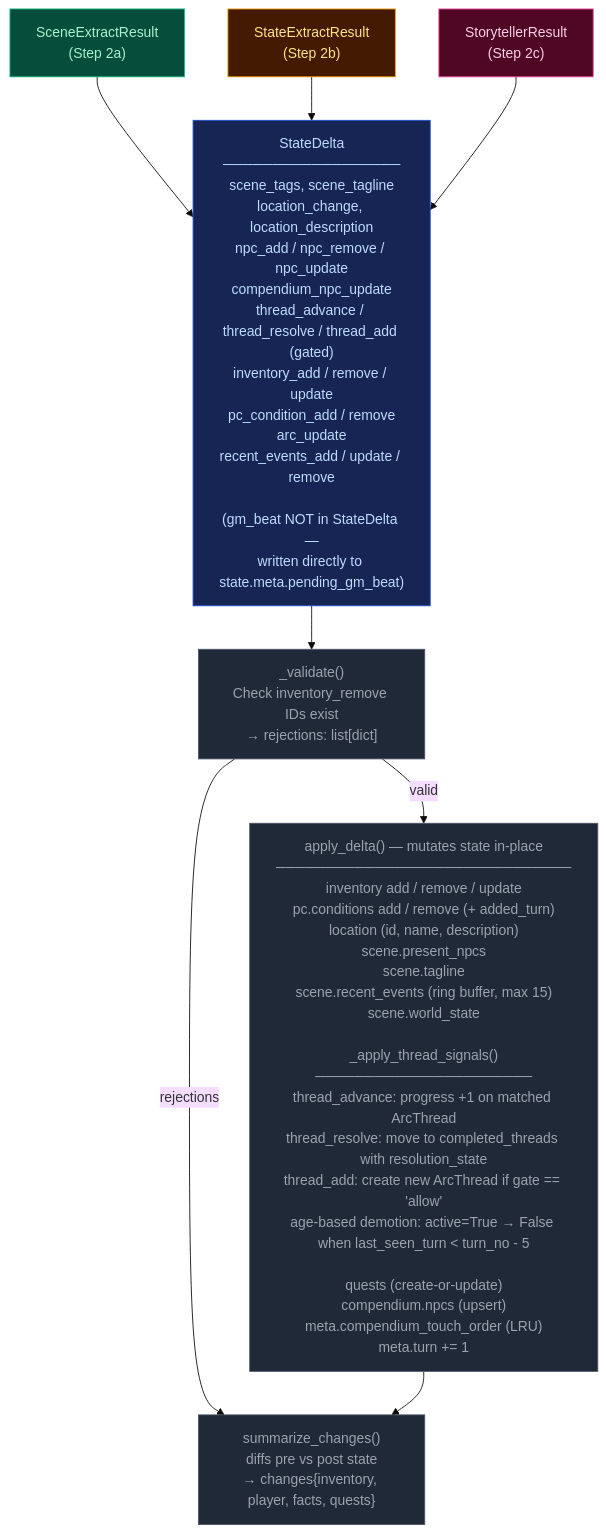
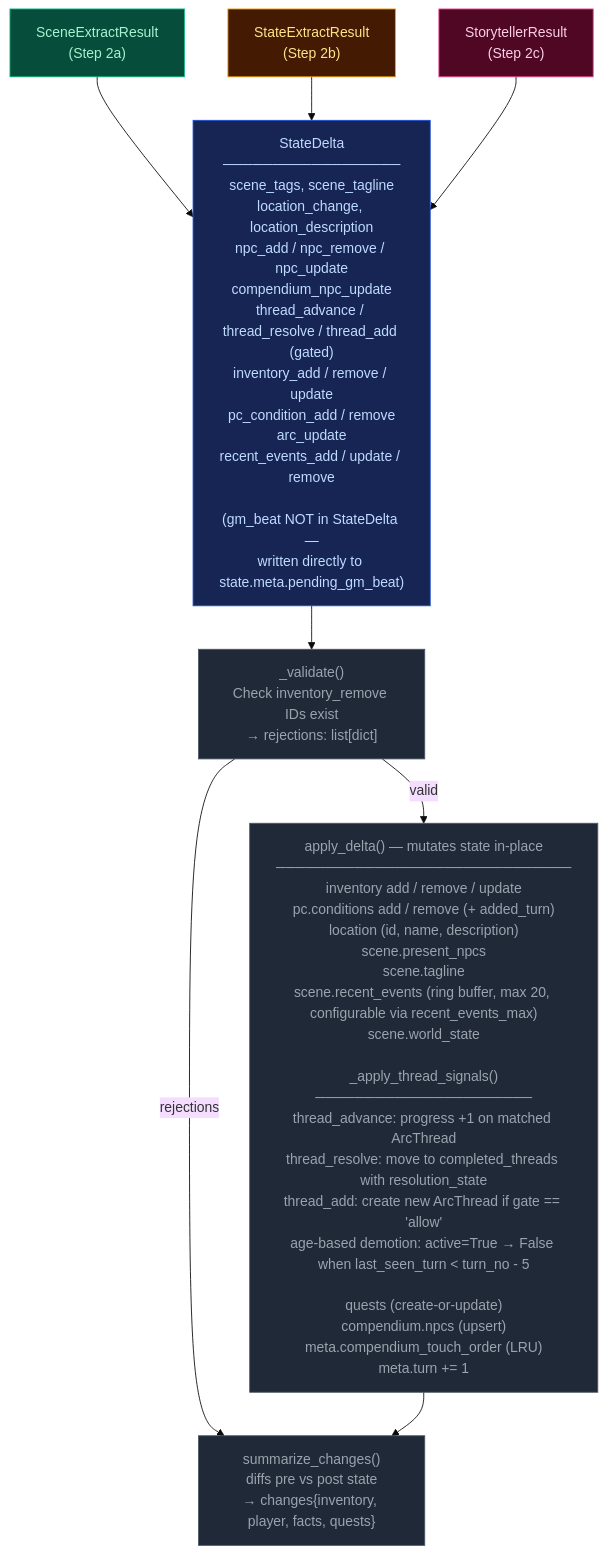
One commit to pww217/fablethread changed the diagram in docs/architecture/delta-validate.md. Above: the diagram before and after it, drawn with Mermaid (base theme). The commit also changed 34 other files, not shown here.

````diff
--- a/docs/architecture/delta-validate.md
+++ b/docs/architecture/delta-validate.md
@@ -7,28 +7,28 @@
 ```mermaid
 flowchart TD
     classDef stageScene    fill:#064e3b,color:#a7f3d0,stroke:#10b981
     classDef stageState    fill:#451a03,color:#fde68a,stroke:#f59e0b
     classDef stageProgress fill:#500724,color:#fbcfe8,stroke:#ec4899
     classDef pyNode        fill:#1f2937,color:#9ca3af,stroke:#4b5563
     classDef mergeNode     fill:#172554,color:#bfdbfe,stroke:#1d4ed8
 
     SR1["SceneExtractResult<br>(Step 2a)"]:::stageScene
     SR2["StateExtractResult<br>(Step 2b)"]:::stageState
     SR3["StorytellerResult<br>(Step 2c)"]:::stageProgress
 
     MERGE["StateDelta<br>──────────────────<br>scene_tags, scene_tagline<br>location_change, location_description<br>npc_add / npc_remove / npc_update<br>compendium_npc_update<br>thread_advance / thread_resolve / thread_add (gated)<br>inventory_add / remove / update<br>pc_condition_add / remove<br>arc_update<br>recent_events_add / update / remove<br><br>(gm_beat NOT in StateDelta —<br>written directly to state.meta.pending_gm_beat)"]:::mergeNode
 
     VALIDATE["_validate()<br>Check inventory_remove IDs exist<br>→ rejections: list[dict]"]:::pyNode
 
-    APPLY["apply_delta() — mutates state in-place<br>──────────────────────────────<br>inventory add / remove / update<br>pc.conditions add / remove (+ added_turn)<br>location (id, name, description)<br>scene.present_npcs<br>scene.tagline<br>scene.recent_events (ring buffer, max 15)<br>scene.world_state<br><br>_apply_thread_signals()<br>──────────────────────<br>thread_advance: progress +1 on matched ArcThread<br>thread_resolve: move to completed_threads with resolution_state<br>thread_add: create new ArcThread if gate == 'allow'<br>age-based demotion: active=True → False when last_seen_turn < turn_no - 5<br><br>quests (create-or-update)<br>compendium.npcs (upsert)<br>meta.compendium_touch_order (LRU)<br>meta.turn += 1"]:::pyNode
+    APPLY["apply_delta() — mutates state in-place<br>──────────────────────────────<br>inventory add / remove / update<br>pc.conditions add / remove (+ added_turn)<br>location (id, name, description)<br>scene.present_npcs<br>scene.tagline<br>scene.recent_events (ring buffer, max 20, configurable via recent_events_max)<br>scene.world_state<br><br>_apply_thread_signals()<br>──────────────────────<br>thread_advance: progress +1 on matched ArcThread<br>thread_resolve: move to completed_threads with resolution_state<br>thread_add: create new ArcThread if gate == 'allow'<br>age-based demotion: active=True → False when last_seen_turn < turn_no - 5<br><br>quests (create-or-update)<br>compendium.npcs (upsert)<br>meta.compendium_touch_order (LRU)<br>meta.turn += 1"]:::pyNode
 
     DIFF["summarize_changes()<br>diffs pre vs post state<br>→ changes{inventory, player, facts, quests}"]:::pyNode
 
     SR1 --> MERGE
     SR2 --> MERGE
     SR3 --> MERGE
     MERGE --> VALIDATE
     VALIDATE -- "valid" --> APPLY
     VALIDATE -- "rejections" --> DIFF
     APPLY --> DIFF
 ```
````
